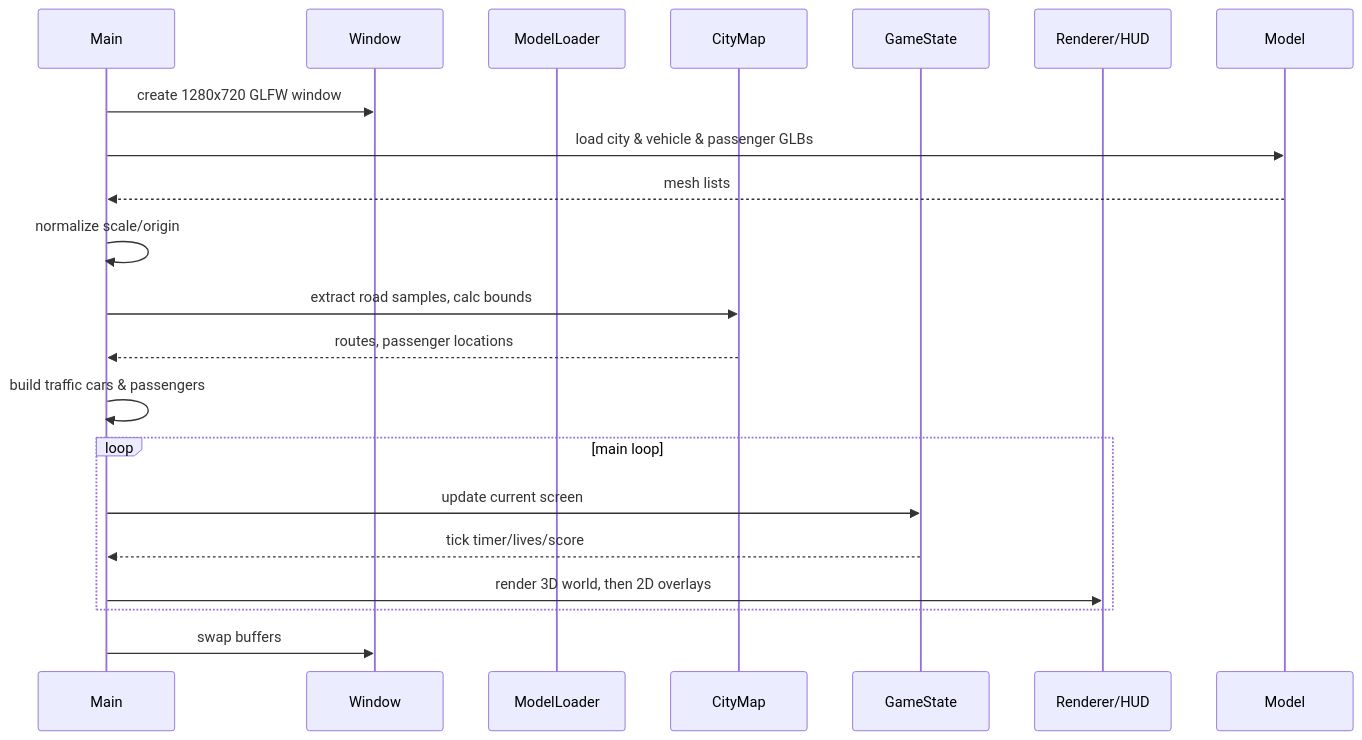
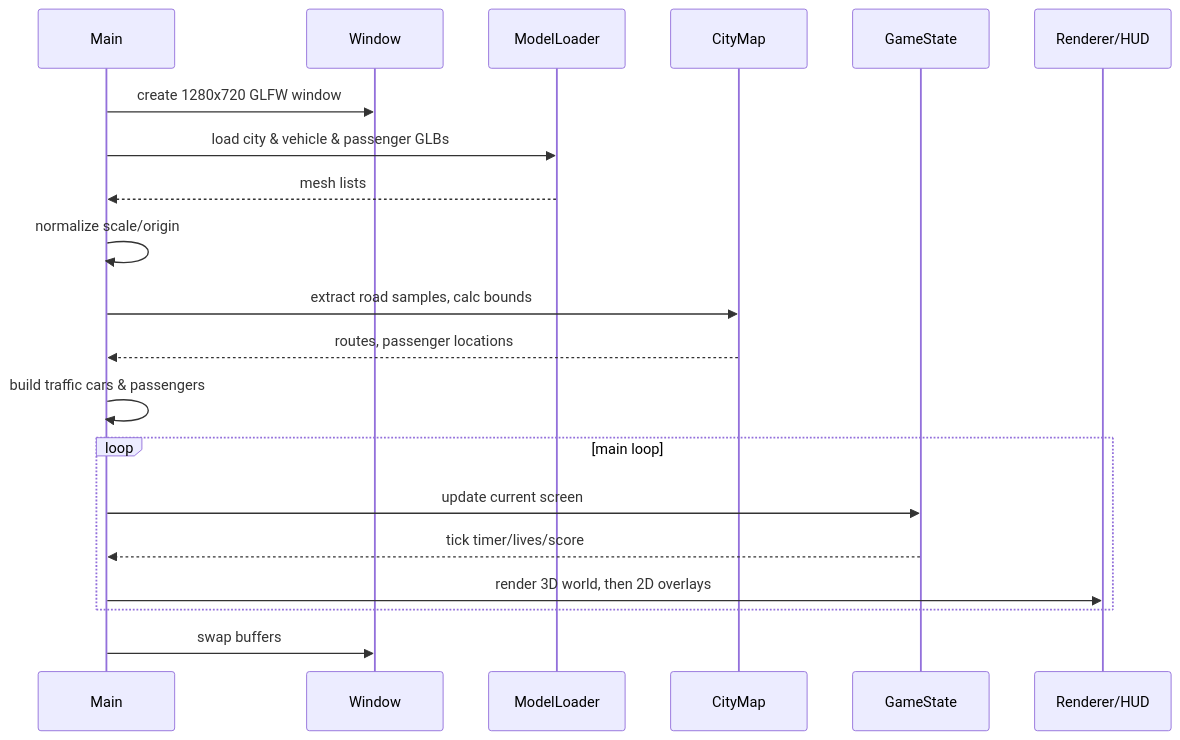
Before and after one commit to PSLSbb/gamegame: the second of 4 diagrams in README.md, drawn with Mermaid. The commit also changed other lines of this file, not shown here.

````diff
--- a/README.md
+++ b/README.md
@@ -189,23 +193,23 @@
 ```mermaid
 sequenceDiagram
     participant Main
     participant Window
     participant ModelLoader
     participant CityMap
     participant GameState
     participant HUD as Renderer/HUD
 
     Main->>Window: create 1280x720 GLFW window
-    Main->>Model: load city & vehicle & passenger GLBs
-    Model-->>Main: mesh lists
+    Main->>ModelLoader: load city & vehicle & passenger GLBs
+    ModelLoader-->>Main: mesh lists
     Main->>Main: normalize scale/origin
     Main->>CityMap: extract road samples, calc bounds
     CityMap-->>Main: routes, passenger locations
     Main->>Main: build traffic cars & passengers
     loop main loop
         Main->>GameState: update current screen
         GameState-->>Main: tick timer/lives/score
         Main->>HUD: render 3D world, then 2D overlays
     end
     Main->>Window: swap buffers
 ```
````
